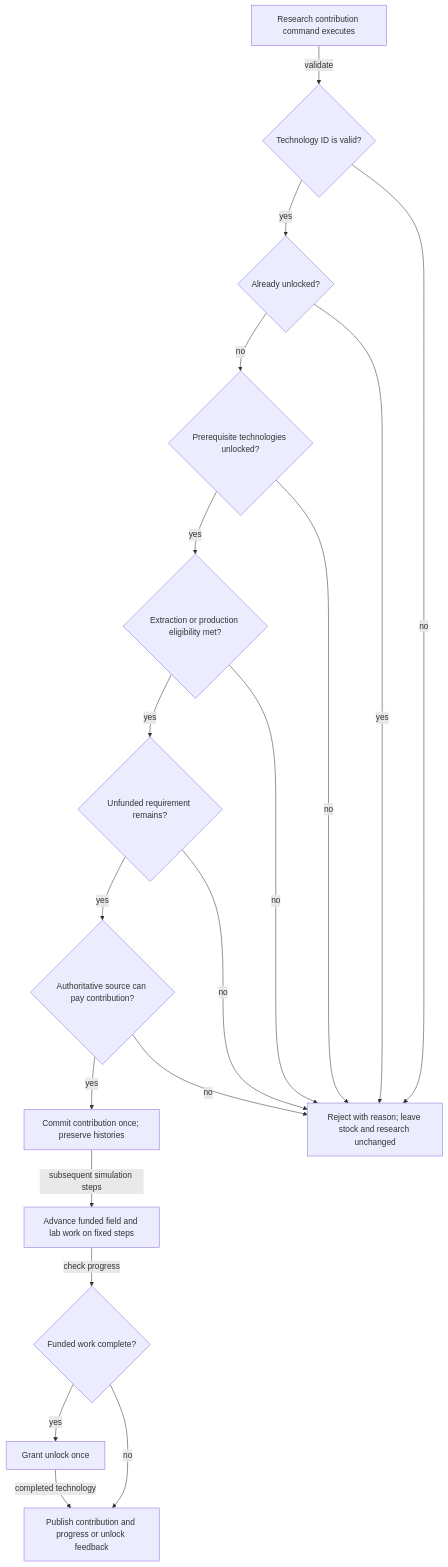
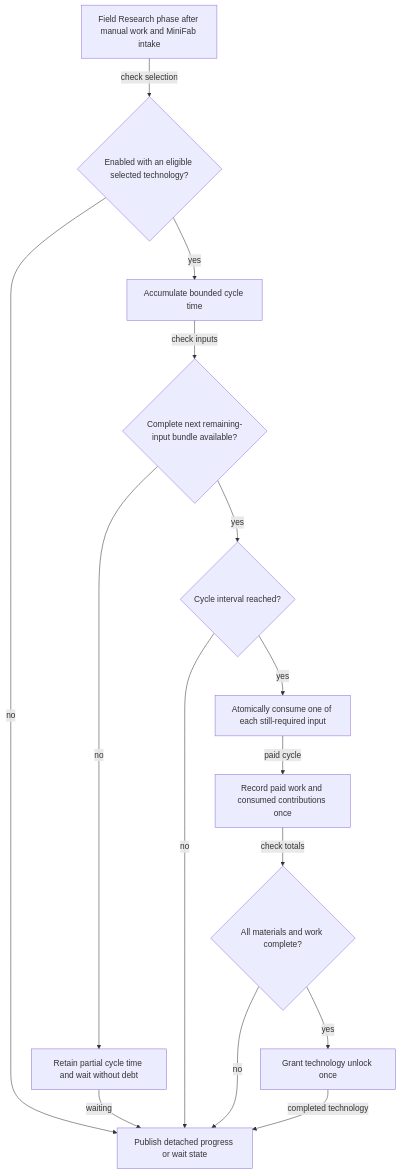
The fifth of 5 diagrams in docs/plans/README.md (Googlproxer/Scrapworks), drawn with Mermaid before and after one commit. The commit also changed other lines of this file and 117 other files, not shown here.

````diff
--- a/docs/plans/README.md
+++ b/docs/plans/README.md
@@ -273,35 +275,29 @@
 ```mermaid
 flowchart TB
-    Command[Research contribution command executes]
-    Known{Technology ID is valid?}
-    Unlocked{Already unlocked?}
-    Prerequisites{Prerequisite technologies unlocked?}
-    Totals{Extraction or production eligibility met?}
-    Demand{Unfunded requirement remains?}
-    Stock{Authoritative source can pay contribution?}
-    Commit[Commit contribution once; preserve histories]
-    Work[Advance funded field and lab work on fixed steps]
-    Complete{Funded work complete?}
-    Unlock[Grant unlock once]
-    Publish[Publish contribution and progress or unlock feedback]
-    Reject[Reject with reason; leave stock and research unchanged]
+    Phase[Field Research phase after manual work and MiniFab intake]
+    Active{Enabled with an eligible selected technology?}
+    Time[Accumulate bounded cycle time]
+    Stock{Complete next remaining-input bundle available?}
+    Wait[Retain partial cycle time and wait without debt]
+    Due{Cycle interval reached?}
+    Commit[Atomically consume one of each still-required input]
+    Work[Record paid work and consumed contributions once]
+    Complete{All materials and work complete?}
+    Unlock[Grant technology unlock once]
+    Publish[Publish detached progress or wait state]
 
-    Command -->|validate| Known
-    Known -->|yes| Unlocked
-    Known -->|no| Reject
-    Unlocked -->|yes| Reject
-    Unlocked -->|no| Prerequisites
-    Prerequisites -->|yes| Totals
-    Prerequisites -->|no| Reject
-    Totals -->|yes| Demand
-    Totals -->|no| Reject
-    Demand -->|yes| Stock
-    Demand -->|no| Reject
-    Stock -->|yes| Commit
-    Stock -->|no| Reject
-    Commit -->|subsequent simulation steps| Work
-    Work -->|check progress| Complete
+    Phase -->|check selection| Active
+    Active -->|yes| Time
+    Active -->|no| Publish
+    Time -->|check inputs| Stock
+    Stock -->|no| Wait
+    Stock -->|yes| Due
+    Wait -->|waiting| Publish
+    Due -->|no| Publish
+    Due -->|yes| Commit
+    Commit -->|paid cycle| Work
+    Work -->|check totals| Complete
     Complete -->|yes| Unlock
     Complete -->|no| Publish
     Unlock -->|completed technology| Publish
 ```
````
